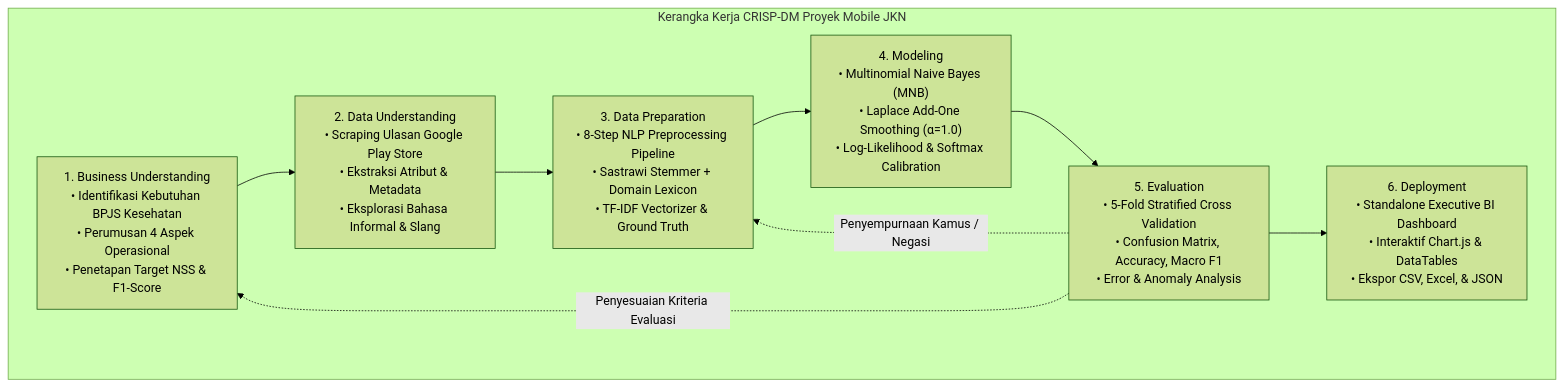
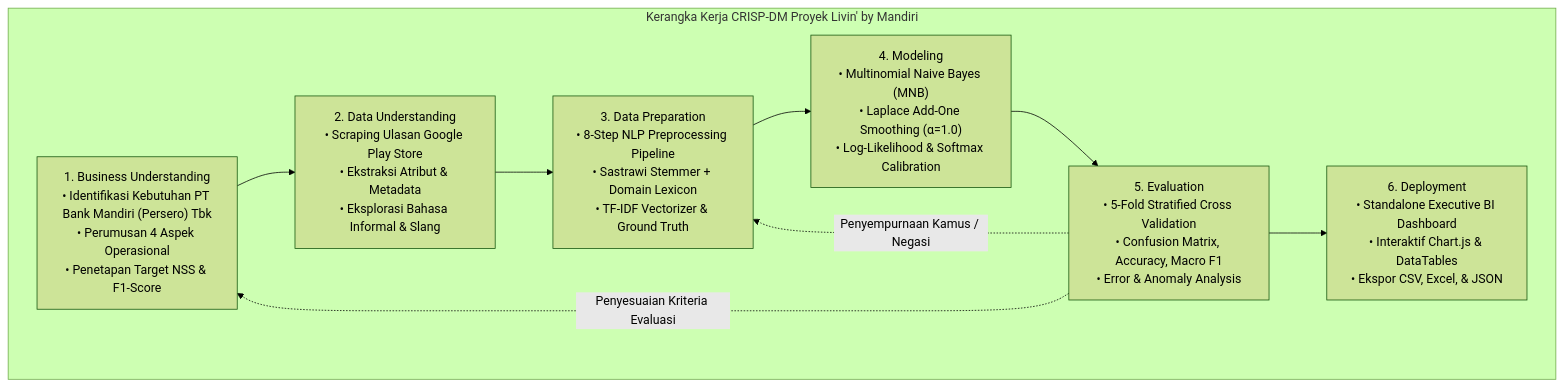
One commit to presidendjakarta/Binus-s2-Business-Intelligence-and-Analytics-TK changed the first of 7 diagrams in docs/01_metodologi_crisp_dm.md. Above: the diagram before and after it, drawn with Mermaid (forest theme). The commit also changed other lines of this file and 57 other files, not shown here.

````diff
--- a/docs/01_metodologi_crisp_dm.md
+++ b/docs/01_metodologi_crisp_dm.md
@@ -32,19 +32,19 @@
 ```mermaid
 flowchart TD
-    subgraph CRISP_DM_FRAMEWORK [Kerangka Kerja CRISP-DM Proyek Mobile JKN]
-        F1["1. Business Understanding<br>• Identifikasi Kebutuhan BPJS Kesehatan<br>• Perumusan 4 Aspek Operasional<br>• Penetapan Target NSS & F1-Score"]
+    subgraph CRISP_DM_FRAMEWORK [Kerangka Kerja CRISP-DM Proyek Livin' by Mandiri]
+        F1["1. Business Understanding<br>• Identifikasi Kebutuhan PT Bank Mandiri (Persero) Tbk<br>• Perumusan 4 Aspek Operasional<br>• Penetapan Target NSS & F1-Score"]
         F2["2. Data Understanding<br>• Scraping Ulasan Google Play Store<br>• Ekstraksi Atribut & Metadata<br>• Eksplorasi Bahasa Informal & Slang"]
         F3["3. Data Preparation<br>• 8-Step NLP Preprocessing Pipeline<br>• Sastrawi Stemmer + Domain Lexicon<br>• TF-IDF Vectorizer & Ground Truth"]
         F4["4. Modeling<br>• Multinomial Naive Bayes (MNB)<br>• Laplace Add-One Smoothing (α=1.0)<br>• Log-Likelihood & Softmax Calibration"]
         F5["5. Evaluation<br>• 5-Fold Stratified Cross Validation<br>• Confusion Matrix, Accuracy, Macro F1<br>• Error & Anomaly Analysis"]
         F6["6. Deployment<br>• Standalone Executive BI Dashboard<br>• Interaktif Chart.js & DataTables<br>• Ekspor CSV, Excel, & JSON"]
 
         F1 --> F2
         F2 --> F3
         F3 --> F4
         F4 --> F5
         F5 --> F6
         F5 -.->|Penyempurnaan Kamus / Negasi| F3
         F5 -.->|Penyesuaian Kriteria Evaluasi| F1
     end
 ```
````
